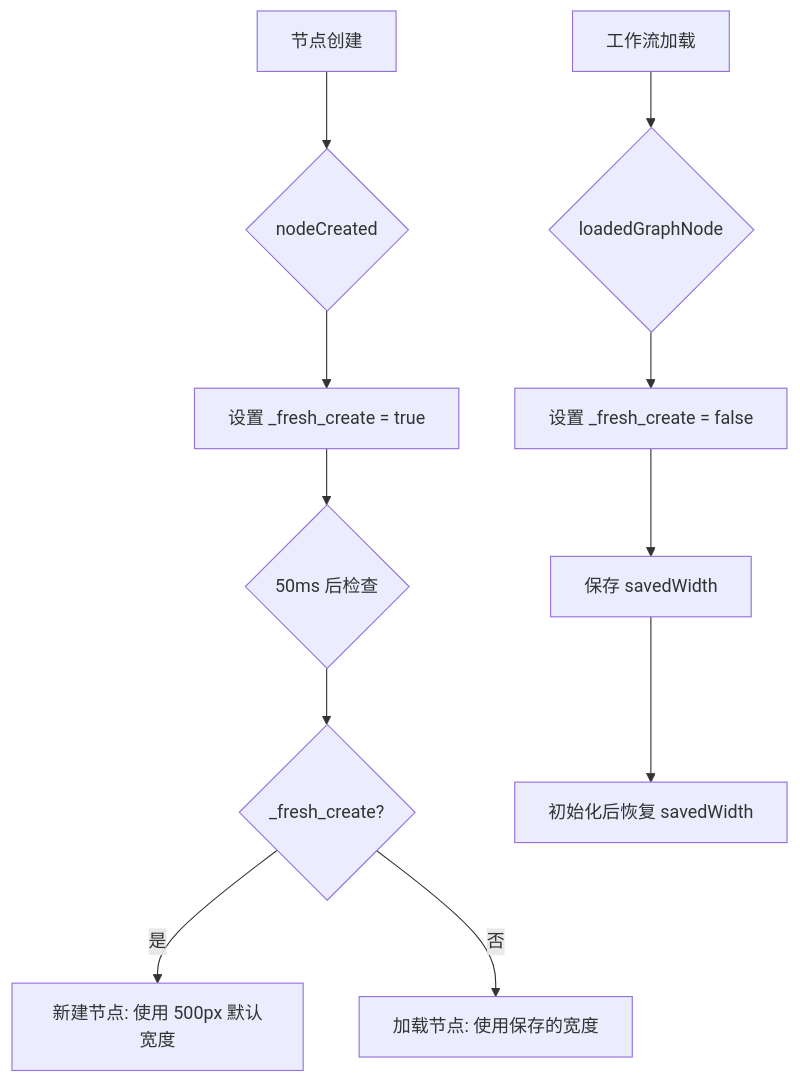
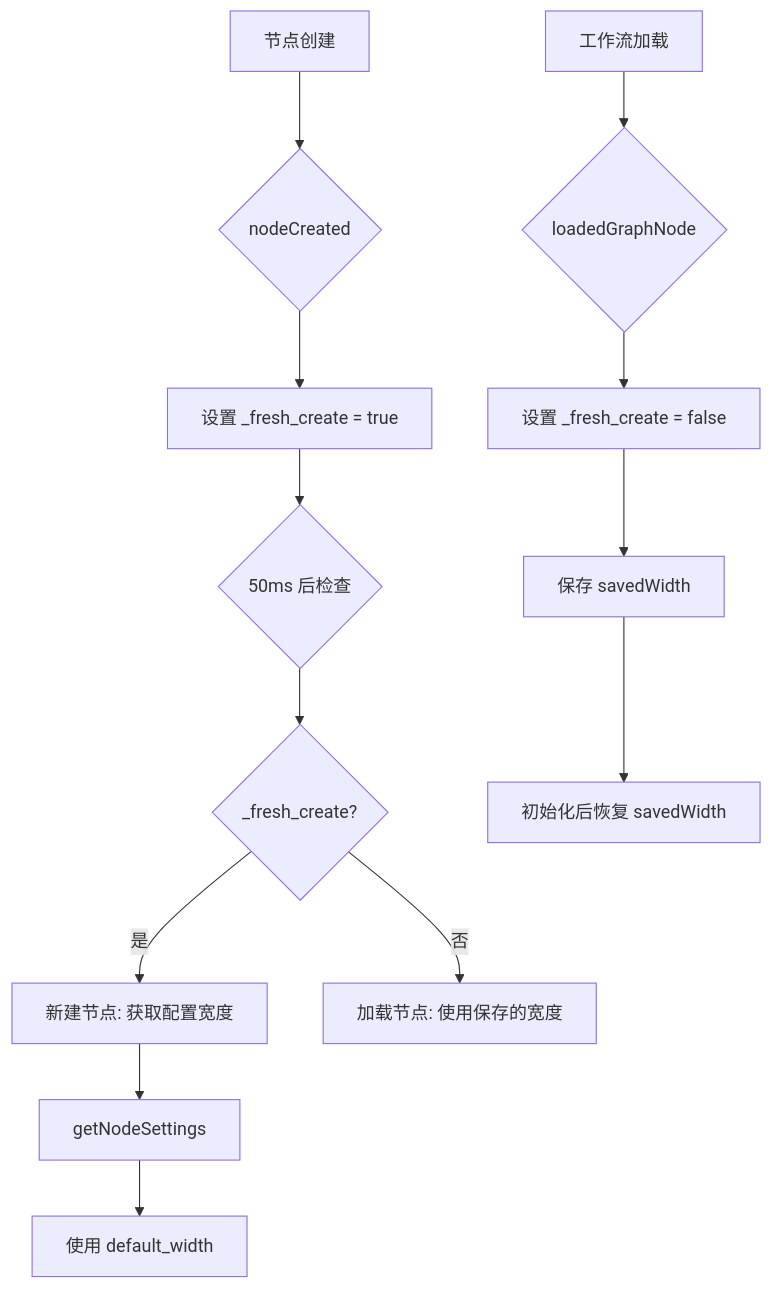
Before and after one commit to RexGrey/ComfyUI-Custom-Batchbox: the eighth of 8 diagrams in ARCHITECTURE.md, drawn with Mermaid. The commit also changed other lines of this file and 6 other files, not shown here.

````diff
--- a/ARCHITECTURE.md
+++ b/ARCHITECTURE.md
@@ -446,14 +449,16 @@
 ```mermaid
 flowchart TD
     A[节点创建] --> B{nodeCreated}
     B --> C[设置 _fresh_create = true]
     C --> D{50ms 后检查}
     D --> E{_fresh_create?}
-    E -->|是| F[新建节点: 使用 500px 默认宽度]
+    E -->|是| F1[新建节点: 获取配置宽度]
+    F1 --> F2[getNodeSettings]
+    F2 --> F3[使用 default_width]
     E -->|否| G[加载节点: 使用保存的宽度]
     
     H[工作流加载] --> I{loadedGraphNode}
     I --> J[设置 _fresh_create = false]
     J --> K[保存 savedWidth]
     K --> L[初始化后恢复 savedWidth]
 ```
````
